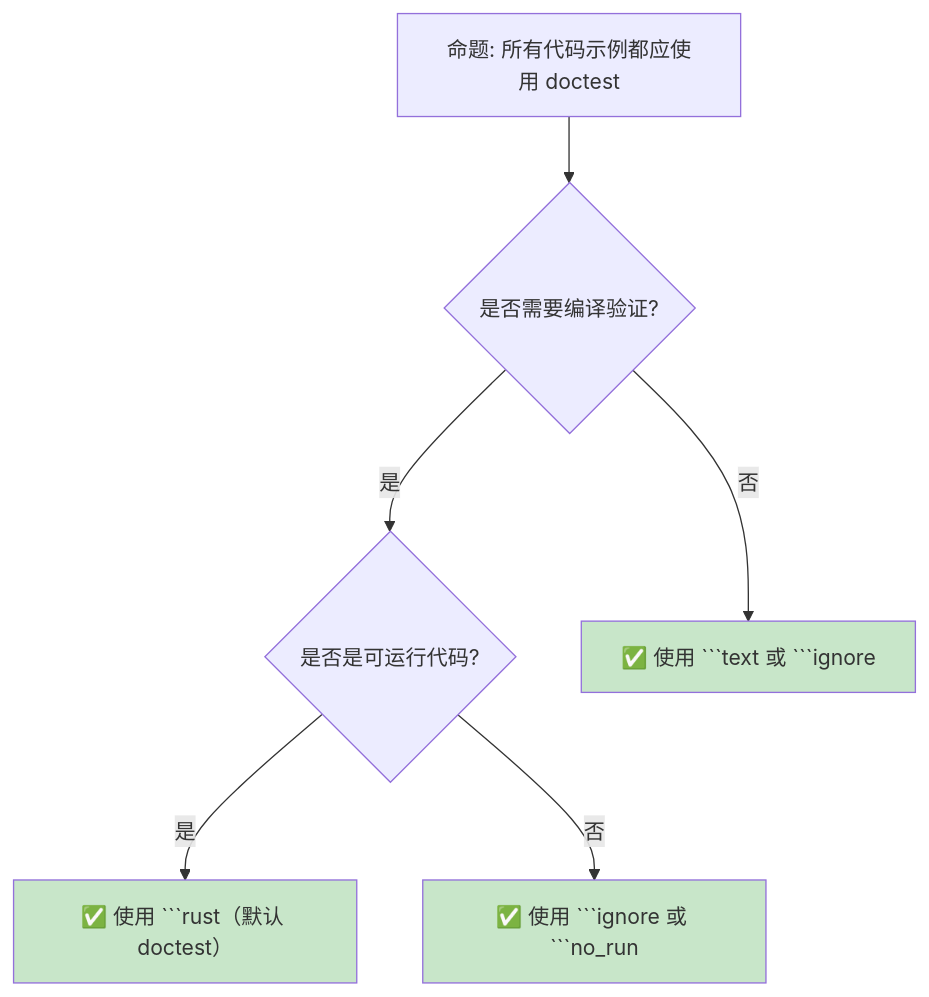
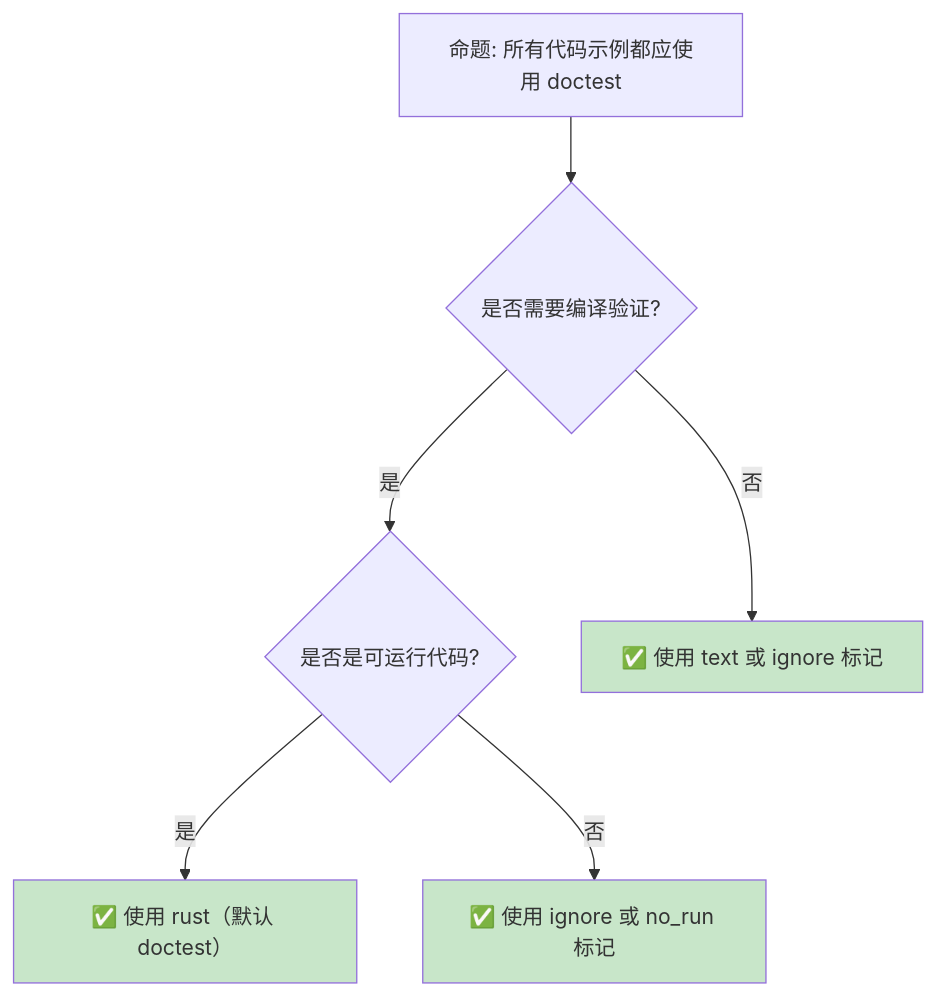
One commit to martin-ly/rust-lang changed the second of 2 diagrams in concept/06_ecosystem/14_documentation.md. Above: the diagram before and after it, drawn with Mermaid. The commit also changed other lines of this file and 22 other files, not shown here.

````diff
--- a/concept/06_ecosystem/14_documentation.md
+++ b/concept/06_ecosystem/14_documentation.md
@@ -342,13 +350,13 @@
 ```mermaid
 graph TD
     ROOT["命题: 所有代码示例都应使用 doctest"]
     ROOT --> Q1{"是否需要编译验证?"}
     Q1 -->|是| Q2{"是否是可运行代码?"}
-    Q1 -->|否| TEXT["✅ 使用 ```text 或 ```ignore"]
-    Q2 -->|是| TRUE["✅ 使用 ```rust（默认 doctest）"]
-    Q2 -->|否| IGNORE["✅ 使用 ```ignore 或 ```no_run"]
+    Q1 -->|否| TEXT["✅ 使用 text 或 ignore 标记"]
+    Q2 -->|是| TRUE["✅ 使用 rust（默认 doctest）"]
+    Q2 -->|否| IGNORE["✅ 使用 ignore 或 no_run 标记"]
 
     style TRUE fill:#c8e6c9
     style TEXT fill:#c8e6c9
     style IGNORE fill:#c8e6c9
 ```
````
